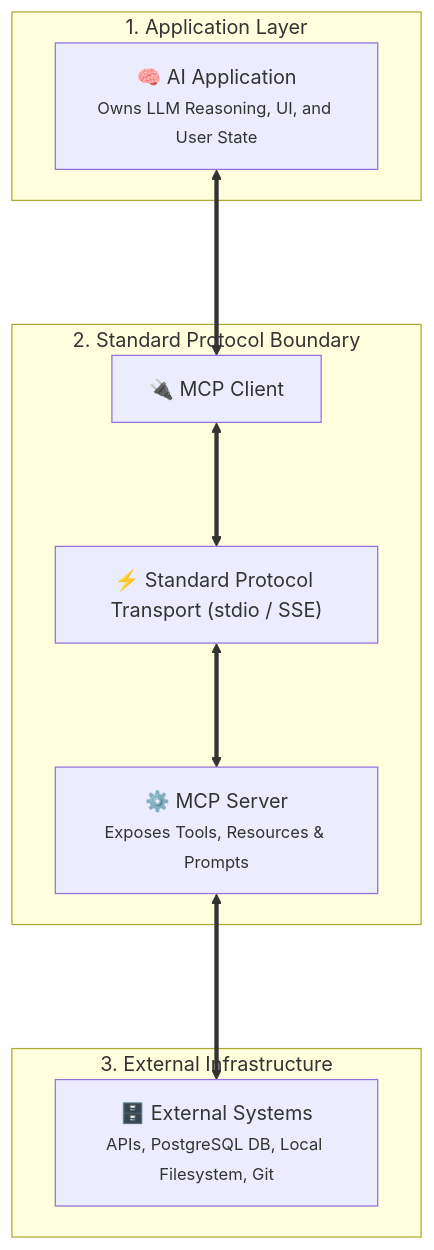
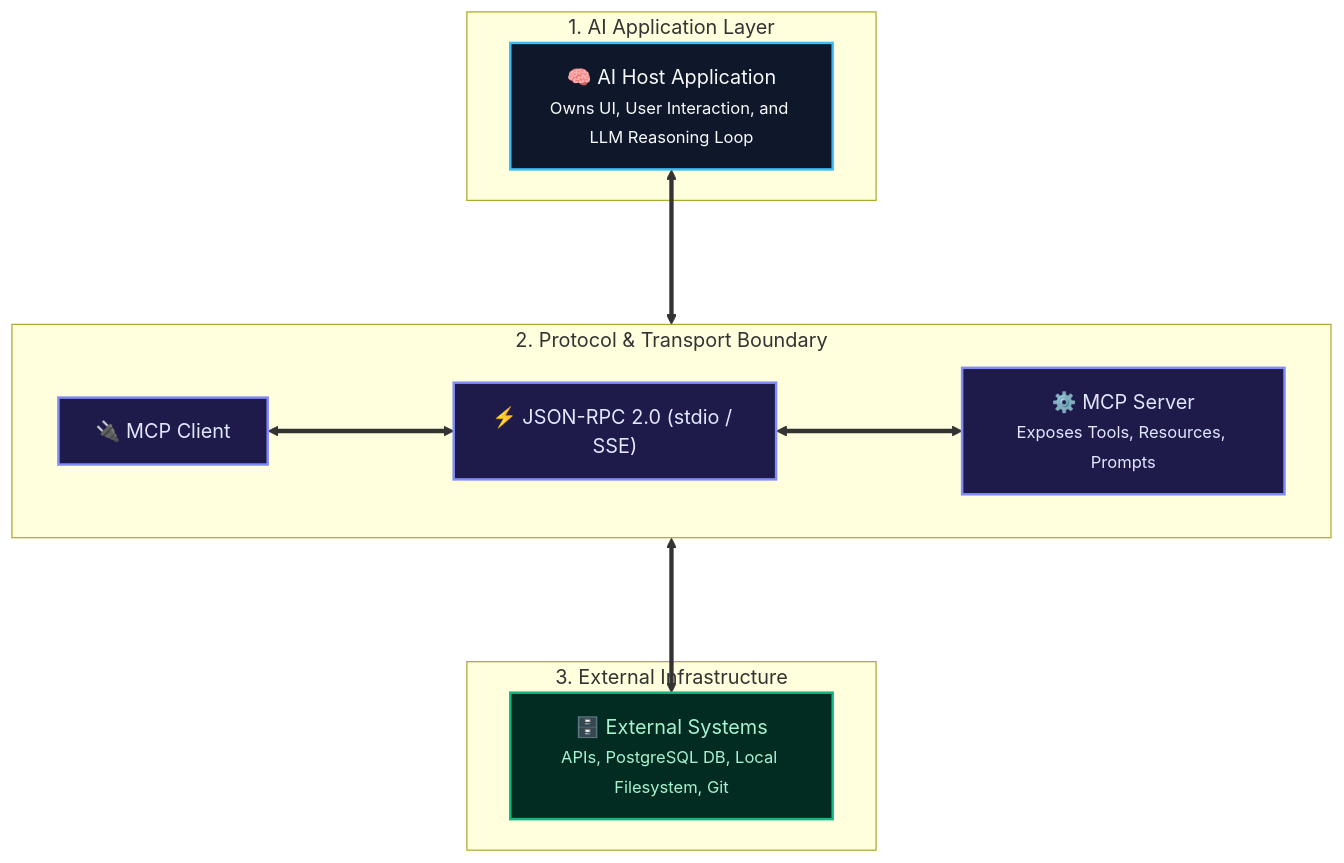
One commit to Magnificent-steiner0/Magnificent-steiner0.github.io changed the sixth of 6 diagrams in content/blog/what_is_mcp_and_why_do_we_need_it.mdx. Above: the diagram before and after it, drawn with Mermaid. The commit also changed other lines of this file and 5 other files, not shown here.

````diff
--- a/content/blog/what_is_mcp_and_why_do_we_need_it.mdx
+++ b/content/blog/what_is_mcp_and_why_do_we_need_it.mdx
@@ -276,20 +298,25 @@
 ```mermaid
 flowchart TB
-    subgraph AppLayer ["1. Application Layer"]
-        App["🧠 AI Application<br/><small>Owns LLM Reasoning, UI, and User State</small>"]
+    classDef l1 fill:#0f172a,stroke:#38bdf8,stroke-width:2px,color:#f8fafc
+    classDef l2 fill:#1e1b4b,stroke:#818cf8,stroke-width:2px,color:#e0e7ff
+    classDef l3 fill:#022c22,stroke:#10b981,stroke-width:2px,color:#a7f3d0
+
+    subgraph Layer1 ["1. AI Application Layer"]
+        App["🧠 AI Host Application<br/><small>Owns UI, User Interaction, and LLM Reasoning Loop</small>"]:::l1
     end
 
-    subgraph ProtocolLayer ["2. Standard Protocol Boundary"]
-        Client["🔌 MCP Client"]
-        Transport["⚡ Standard Protocol Transport (stdio / SSE)"]
-        Server["⚙️ MCP Server<br/><small>Exposes Tools, Resources & Prompts</small>"]
-        Client <===> Transport <===> Server
+    subgraph Layer2 ["2. Protocol & Transport Boundary"]
+        direction LR
+        Client["🔌 MCP Client"]:::l2
+        Pipe["⚡ JSON-RPC 2.0 (stdio / SSE)"]:::l2
+        Server["⚙️ MCP Server<br/><small>Exposes Tools, Resources, Prompts</small>"]:::l2
+        Client <===> Pipe <===> Server
     end
 
-    subgraph InfraLayer ["3. External Infrastructure"]
-        Ext["🗄️ External Systems<br/><small>APIs, PostgreSQL DB, Local Filesystem, Git</small>"]
+    subgraph Layer3 ["3. External Infrastructure"]
+        Ext["🗄️ External Systems<br/><small>APIs, PostgreSQL DB, Local Filesystem, Git</small>"]:::l3
     end
 
     App <===> Client
     Server <===> Ext
 ```
````
